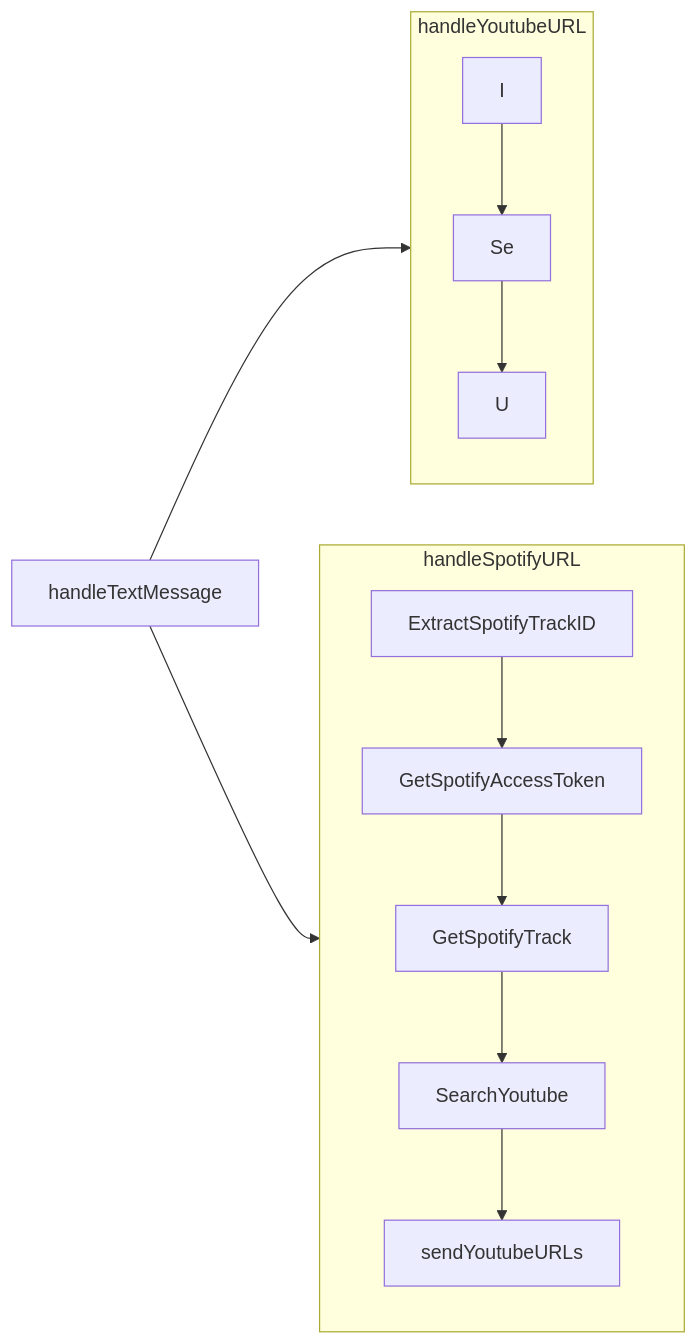
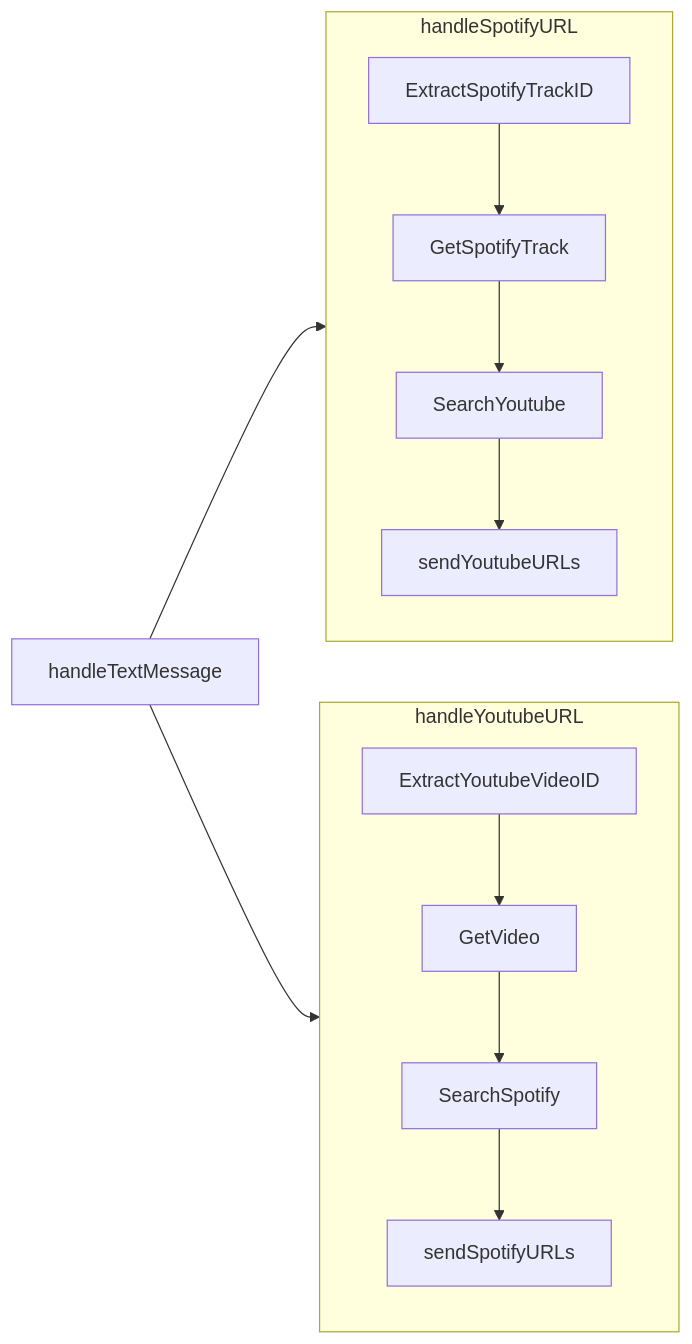
Before and after one commit to 100nandoo/gobot: the diagram in docs/spotifytube.md, drawn with Mermaid. The commit also changed other lines of this file and 1 other file, not shown here.

Commit message:
docs(spotifytube): update function call flow

````diff
--- a/docs/spotifytube.md
+++ b/docs/spotifytube.md
@@ -3,26 +3,27 @@
 ```mermaid
 graph LR
     A --> S
-    A --> Sp
-    I --> Se
-    Se --> U
-    subgraph S[handleYoutubeURL]
-        I
-        Se
-        U
+    A --> Y
+    subgraph Y[handleYoutubeURL]
+        Ey --> V
+        V --> Ss
+        Ss --> Ssu
     end
 
-    subgraph Sp[handleSpotifyURL]
-        E --> G
-        G --> T
+    subgraph S[handleSpotifyURL]
+        E --> T
         T --> SY
-        SY --> Su
+        SY --> Syu
     end
 
     A[handleTextMessage]
     E[ExtractSpotifyTrackID]
-    G[GetSpotifyAccessToken]
     T[GetSpotifyTrack]
     SY[SearchYoutube]
-    Su[sendYoutubeURLs]
+    Syu[sendYoutubeURLs]
+
+    Ey[ExtractYoutubeVideoID]
+    V[GetVideo]
+    Ss[SearchSpotify]
+    Ssu[sendSpotifyURLs]
 ```
````
